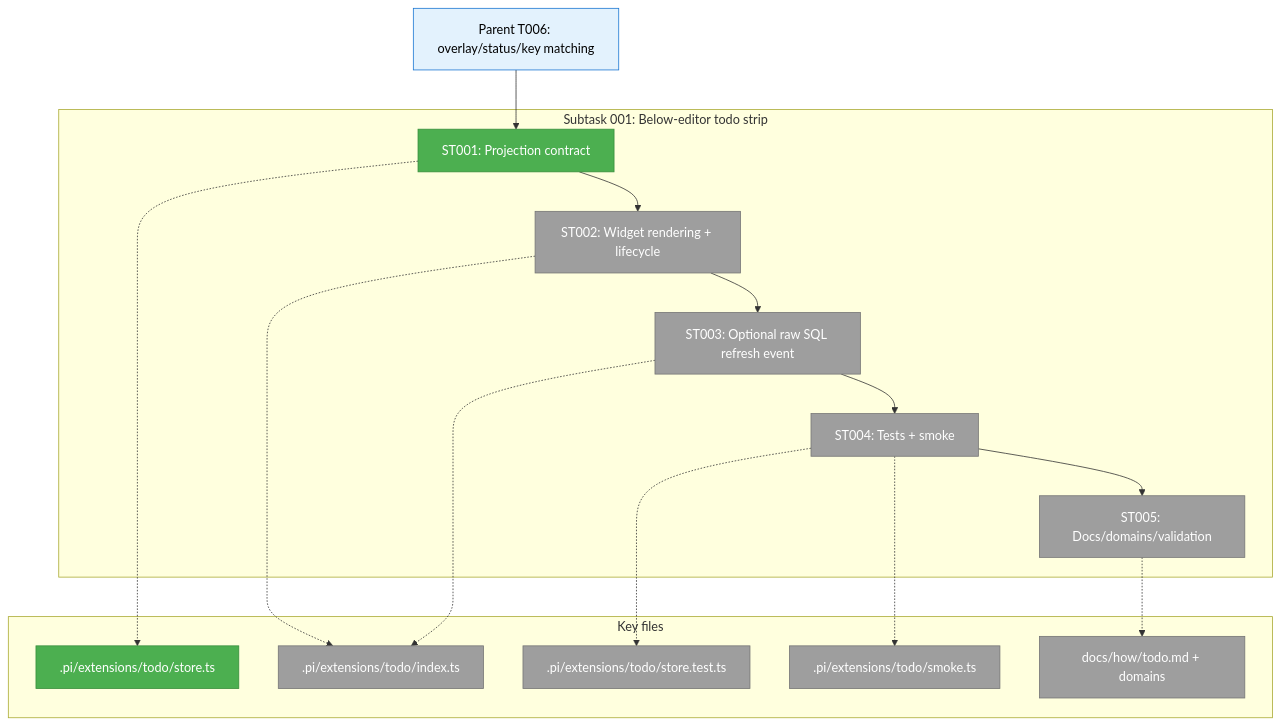
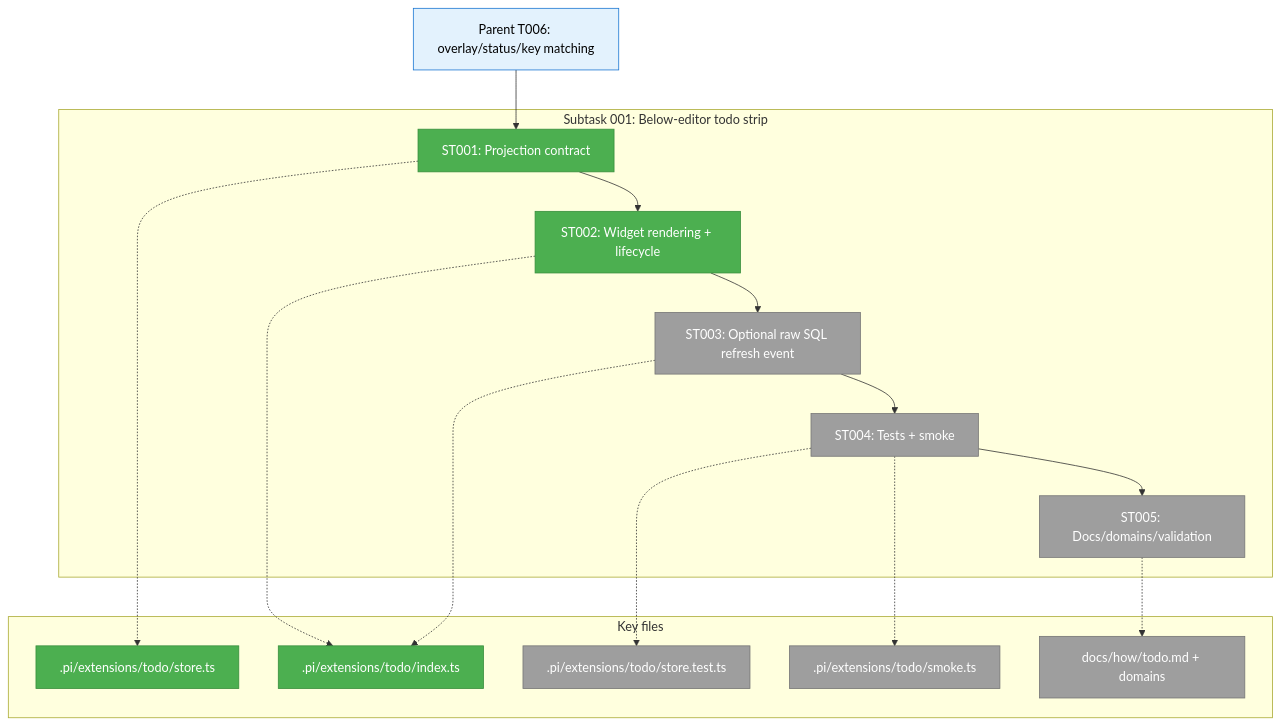
The first of 3 diagrams in docs/plans/010-sql-backed-todo-extension/tasks/phase-1-store-full-ux-validation-docs-domains/001-subtask-claude-code-style-below-editor-todo-strip.md (vaughanknight/pij), drawn with Mermaid before and after one commit. The commit also changed other lines of this file and 4 other files, not shown here.

````diff
--- a/docs/plans/010-sql-backed-todo-extension/tasks/phase-1-store-full-ux-validation-docs-domains/001-subtask-claude-code-style-below-editor-todo-strip.md
+++ b/docs/plans/010-sql-backed-todo-extension/tasks/phase-1-store-full-ux-validation-docs-domains/001-subtask-claude-code-style-below-editor-todo-strip.md
@@ -90,37 +90,37 @@
 ```mermaid
 flowchart TD
     classDef pending fill:#9E9E9E,stroke:#757575,color:#fff
     classDef completed fill:#4CAF50,stroke:#388E3C,color:#fff
     classDef parent fill:#E3F2FD,stroke:#1976D2,color:#000
 
     Parent["Parent T006: overlay/status/key matching"]:::parent
 
     subgraph Subtask["Subtask 001: Below-editor todo strip"]
         ST001["ST001: Projection contract"]:::completed
-        ST002["ST002: Widget rendering + lifecycle"]:::pending
+        ST002["ST002: Widget rendering + lifecycle"]:::completed
         ST003["ST003: Optional raw SQL refresh event"]:::pending
         ST004["ST004: Tests + smoke"]:::pending
         ST005["ST005: Docs/domains/validation"]:::pending
         ST001 --> ST002
         ST002 --> ST003
         ST003 --> ST004
         ST004 --> ST005
     end
 
     Parent --> ST001
 
     subgraph Files["Key files"]
         Store[".pi/extensions/todo/store.ts"]:::completed
-        Index[".pi/extensions/todo/index.ts"]:::pending
+        Index[".pi/extensions/todo/index.ts"]:::completed
         Tests[".pi/extensions/todo/store.test.ts"]:::pending
         Smoke[".pi/extensions/todo/smoke.ts"]:::pending
         Docs["docs/how/todo.md + domains"]:::pending
     end
 
     ST001 -.-> Store
     ST002 -.-> Index
     ST003 -.-> Index
     ST004 -.-> Tests
     ST004 -.-> Smoke
     ST005 -.-> Docs
 ```
````
